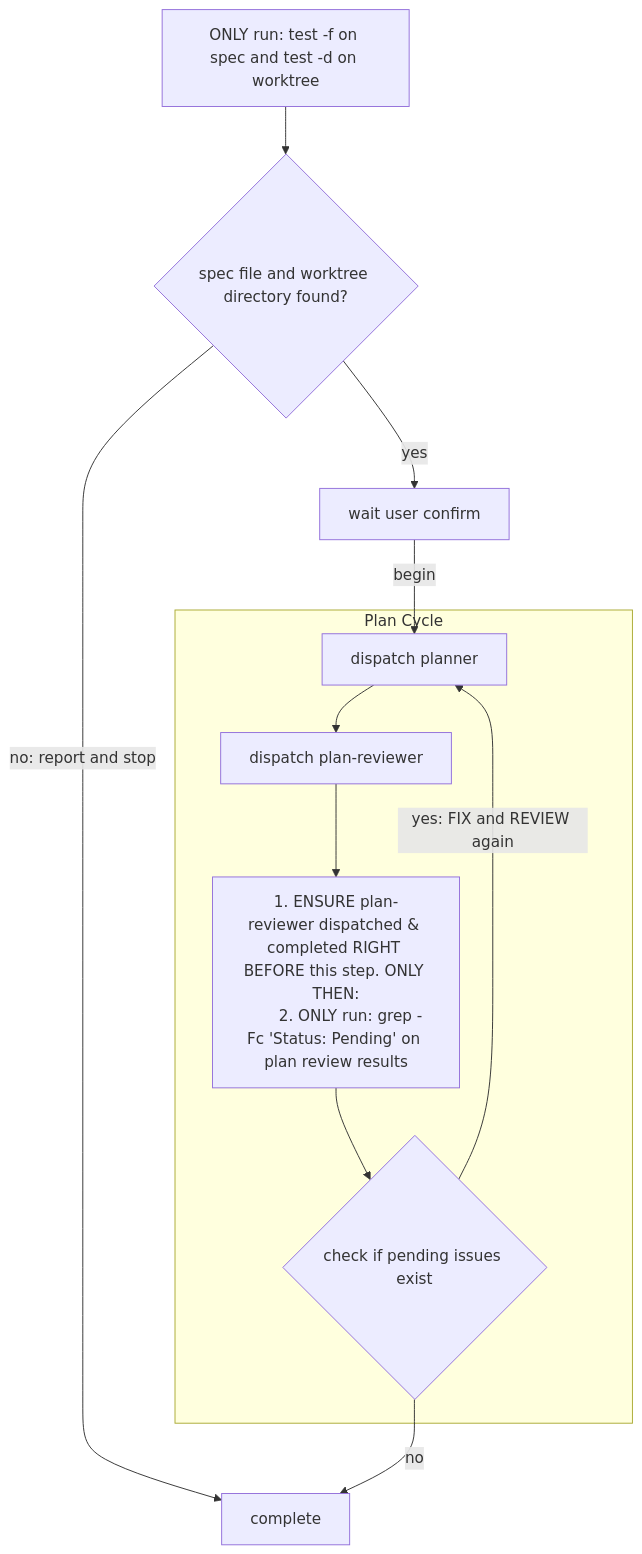
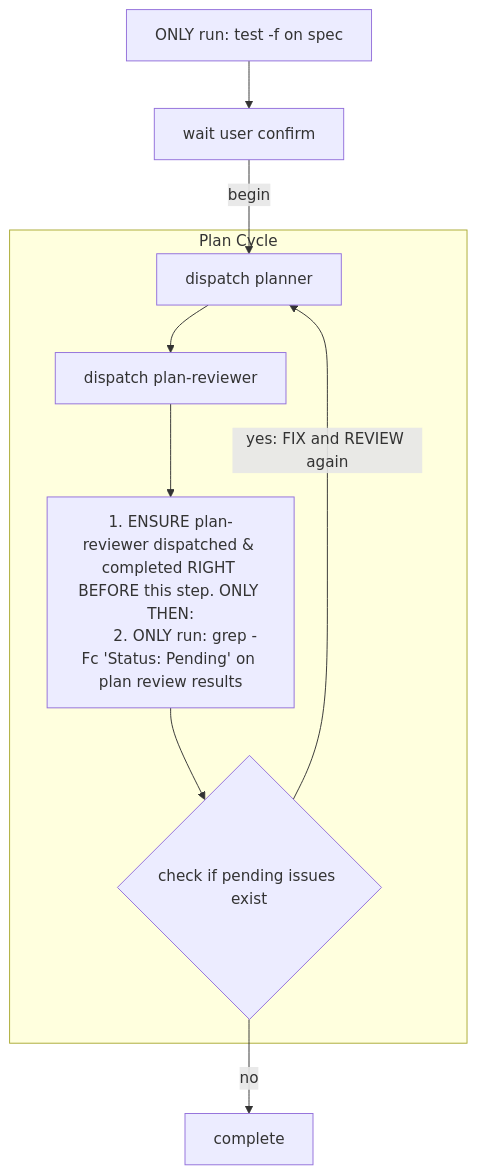
The diagram in skills/planning/SKILL.md (abadcafe/superteam), drawn with Mermaid before and after one commit. The commit also changed other lines of this file and 1 other file, not shown here.

Commit message:
remove worktree path references and redundant skills from planner/plan-reviewer

````diff
--- a/skills/planning/SKILL.md
+++ b/skills/planning/SKILL.md
@@ -43,28 +42,25 @@
 ```mermaid
 flowchart TD
-  discover_spec_and_worktree["ONLY run: test -f on spec and test -d on worktree"]
-  check_spec_and_worktree_found{"spec file and worktree directory found?"}
+  check_spec_exists["ONLY run: test -f on spec"]
   wait_user_confirm["wait user confirm"]
   complete["complete"]
 
   subgraph plan_cycle["Plan Cycle"]
     dispatch_planner["dispatch planner"]
     dispatch_plan_reviewer["dispatch plan-reviewer"]
     count_pending_issues["
       1. ENSURE plan-reviewer dispatched & completed RIGHT BEFORE this step. ONLY THEN:
       2. ONLY run: grep -Fc 'Status: Pending' on plan review results
     "]
     check_pending_issues_exist{"check if pending issues exist"}
 
     dispatch_planner --> dispatch_plan_reviewer
     dispatch_plan_reviewer --> count_pending_issues
     count_pending_issues --> check_pending_issues_exist
     check_pending_issues_exist -->|"yes: FIX and REVIEW again"| dispatch_planner
   end
 
-  discover_spec_and_worktree --> check_spec_and_worktree_found
-  check_spec_and_worktree_found -->|"yes"| wait_user_confirm
-  check_spec_and_worktree_found -->|"no: report and stop"| complete
+  check_spec_exists --> wait_user_confirm
   wait_user_confirm -->|"begin"| dispatch_planner
   check_pending_issues_exist -->|"no"| complete
 ```
````
